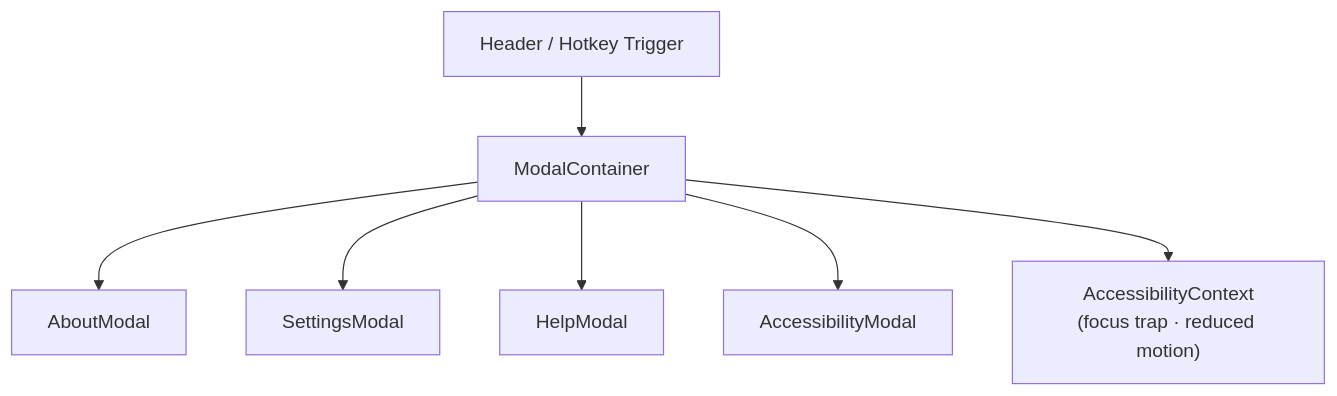
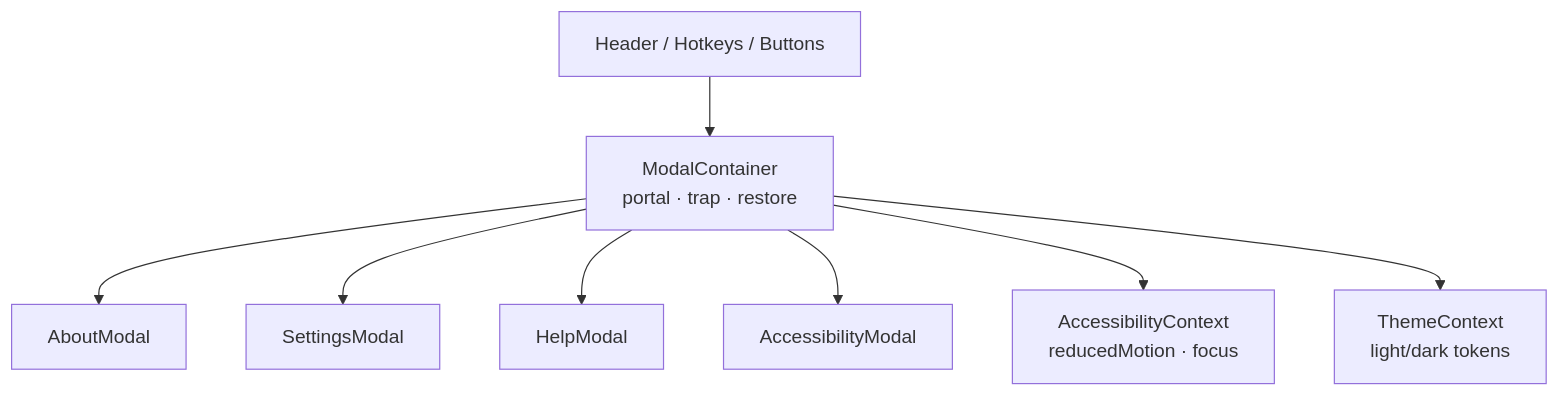
One commit to bartytime4life/Kansas-Frontier-Matrix changed the diagram in web/src/components/Modals/README.md. Above: the diagram before and after it, drawn with Mermaid. The commit also changed other lines of this file, not shown here.

````diff
--- a/web/src/components/Modals/README.md
+++ b/web/src/components/Modals/README.md
@@ -68,10 +56,11 @@
 ```mermaid
 flowchart TD
-  H["Header / Hotkey Trigger"] --> M["ModalContainer"]
-  M --> S1["AboutModal"]
-  M --> S2["SettingsModal"]
-  M --> S3["HelpModal"]
-  M --> S4["AccessibilityModal"]
-  M --> ACC["AccessibilityContext<br/>(focus trap · reduced motion)"]
+  TRG["Header / Hotkeys / Buttons"] --> MC["ModalContainer<br/>portal · trap · restore"]
+  MC --> M1["AboutModal"]
+  MC --> M2["SettingsModal"]
+  MC --> M3["HelpModal"]
+  MC --> M4["AccessibilityModal"]
+  MC --> ACC["AccessibilityContext<br/>reducedMotion · focus"]
+  MC --> THEME["ThemeContext<br/>light/dark tokens"]
 %% END OF MERMAID
 ```
````
